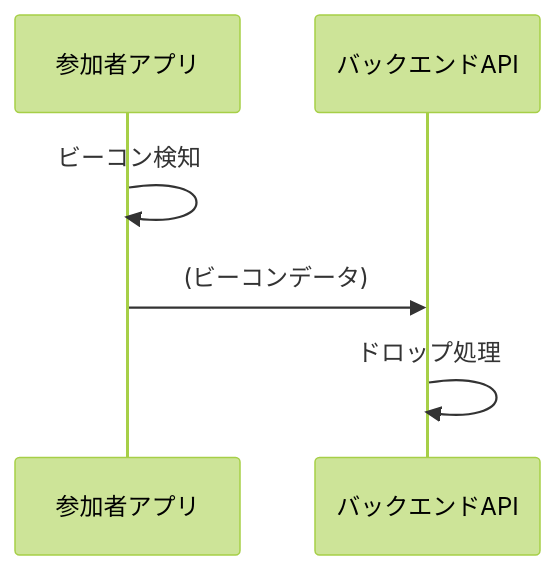
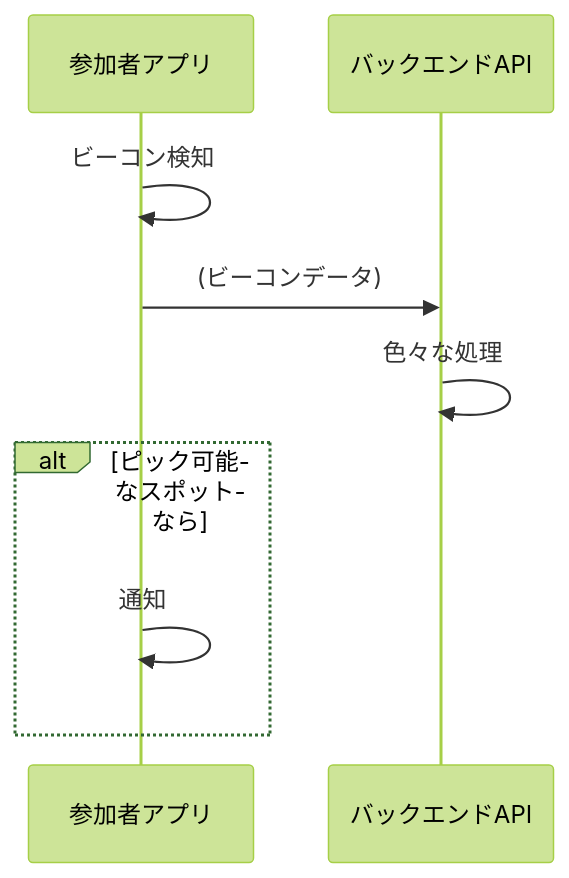
The third of 9 diagrams in docs/sequence/mobile.md (after-school-garbage-squad/repaint-architecture), drawn with Mermaid (forest theme) before and after one commit. The commit also changed other lines of this file and 3 other files, not shown here.

Commit message:
feat(sequence): update mobile for spec

````diff
--- a/docs/sequence/mobile.md
+++ b/docs/sequence/mobile.md
@@ -83,8 +49,11 @@
 ```mermaid
 sequenceDiagram
     participant app as 参加者アプリ
     participant back as バックエンドAPI
     app ->> app: ビーコン検知
     app ->> back: (ビーコンデータ)
-    back ->> back: ドロップ処理
+    back ->> back: 色々な処理
+    alt ピック可能なスポットなら
+      app ->> app: 通知
+    end
 ```
````
